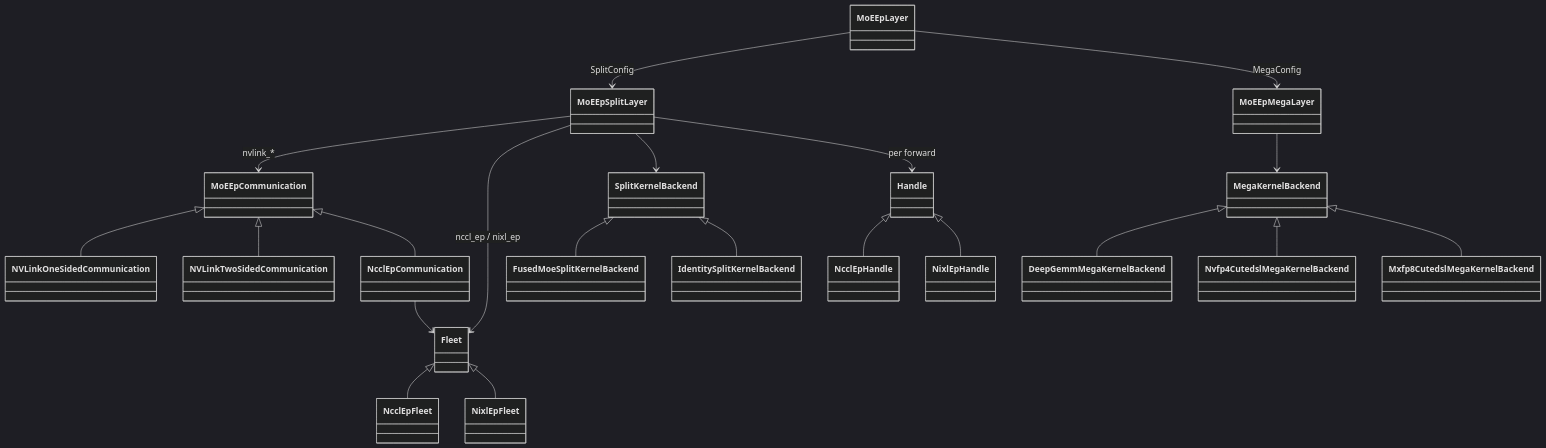
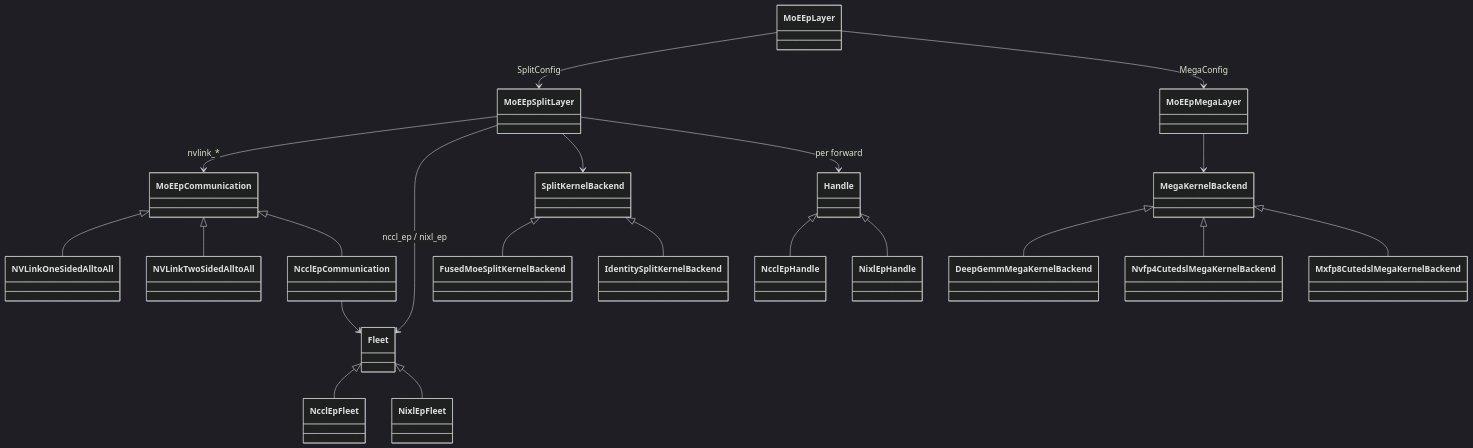
The second of 4 diagrams in docs/design_docs/moe_ep_architecture.md (flashinfer-ai/flashinfer), drawn with Mermaid (dark theme) before and after one commit. The commit also changed 8 other files, not shown here.

Commit message:
refactor(moe_ep): rename the NVLink communication backends to NVLink{One,Two}SidedAlltoAll

````diff
--- a/docs/design_docs/moe_ep_architecture.md
+++ b/docs/design_docs/moe_ep_architecture.md
@@ -330,30 +330,30 @@
 ```mermaid
 classDiagram
     direction TB
 
     MoEEpLayer --> MoEEpSplitLayer : SplitConfig
     MoEEpLayer --> MoEEpMegaLayer : MegaConfig
 
     MoEEpSplitLayer --> MoEEpCommunication : nvlink_*
     MoEEpSplitLayer --> Fleet : nccl_ep / nixl_ep
     MoEEpSplitLayer --> SplitKernelBackend
     MoEEpSplitLayer --> Handle : per forward
 
-    MoEEpCommunication <|-- NVLinkOneSidedCommunication
-    MoEEpCommunication <|-- NVLinkTwoSidedCommunication
+    MoEEpCommunication <|-- NVLinkOneSidedAlltoAll
+    MoEEpCommunication <|-- NVLinkTwoSidedAlltoAll
     MoEEpCommunication <|-- NcclEpCommunication
     NcclEpCommunication --> Fleet
 
     MoEEpMegaLayer --> MegaKernelBackend
 
     Fleet <|-- NcclEpFleet
     Fleet <|-- NixlEpFleet
     Handle <|-- NcclEpHandle
     Handle <|-- NixlEpHandle
 
     SplitKernelBackend <|-- FusedMoeSplitKernelBackend
     SplitKernelBackend <|-- IdentitySplitKernelBackend
     MegaKernelBackend <|-- DeepGemmMegaKernelBackend
     MegaKernelBackend <|-- Nvfp4CutedslMegaKernelBackend
     MegaKernelBackend <|-- Mxfp8CutedslMegaKernelBackend
 ```
````
